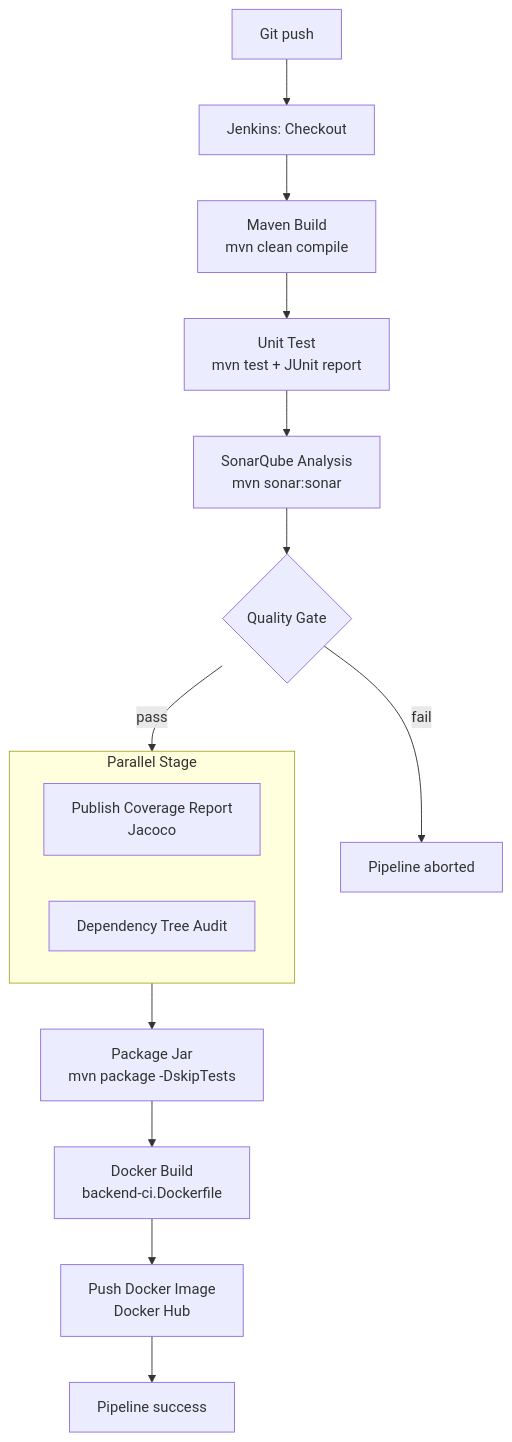
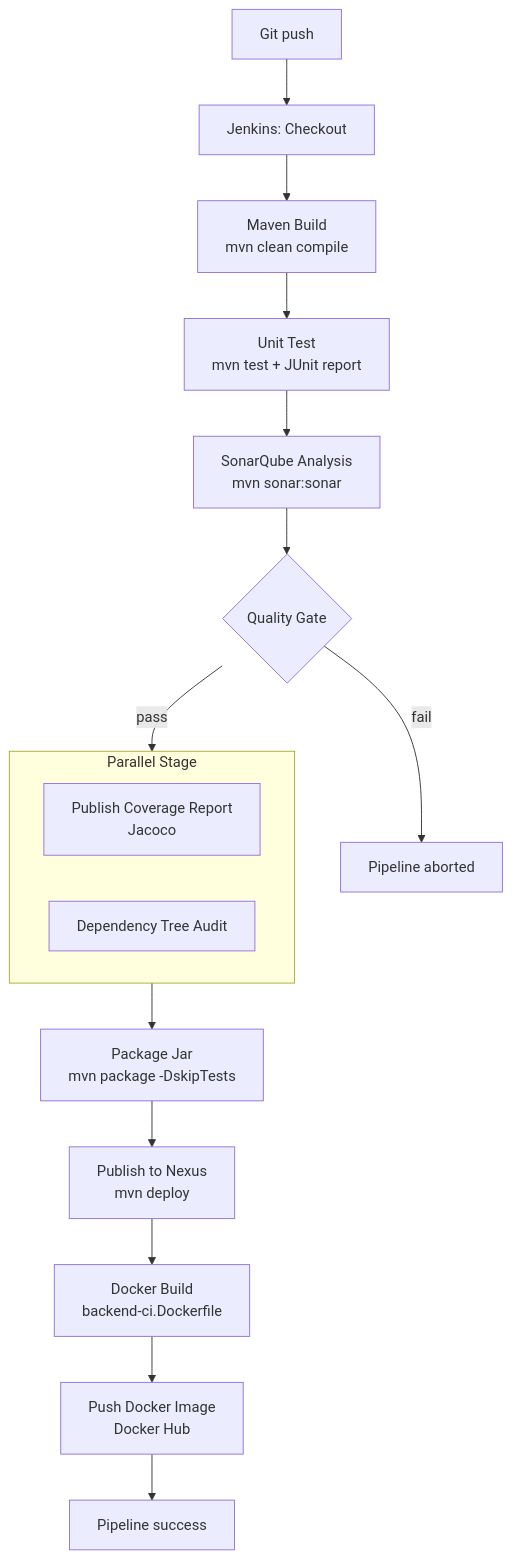
Before and after one commit to srikanth78933/Enterprise-DevOps-Learning-Platform: the first of 2 diagrams in architecture/pipeline-diagram.md, drawn with Mermaid. The commit also changed other lines of this file and 7 other files, not shown here.

````diff
--- a/architecture/pipeline-diagram.md
+++ b/architecture/pipeline-diagram.md
@@ -3,21 +3,22 @@
 ```mermaid
 flowchart TD
     A[Git push] --> B[Jenkins: Checkout]
     B --> C[Maven Build<br/>mvn clean compile]
     C --> D[Unit Test<br/>mvn test + JUnit report]
     D --> E[SonarQube Analysis<br/>mvn sonar:sonar]
     E --> F{Quality Gate}
     F -- fail --> X[Pipeline aborted]
     F -- pass --> G[Parallel Stage]
 
     subgraph G[Parallel Stage]
         direction LR
         G1[Publish Coverage Report<br/>Jacoco]
         G2[Dependency Tree Audit]
     end
 
     G --> H[Package Jar<br/>mvn package -DskipTests]
-    H --> I[Docker Build<br/>backend-ci.Dockerfile]
+    H --> H2[Publish to Nexus<br/>mvn deploy]
+    H2 --> I[Docker Build<br/>backend-ci.Dockerfile]
     I --> J[Push Docker Image<br/>Docker Hub]
     J --> K[Pipeline success]
 ```
````
